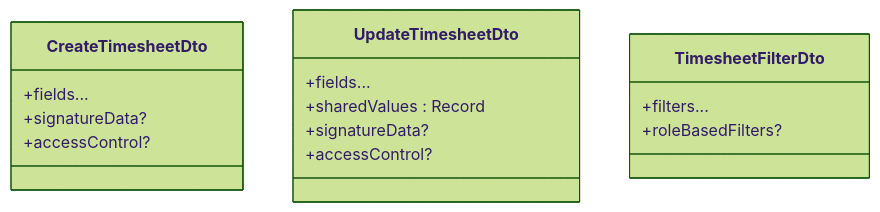
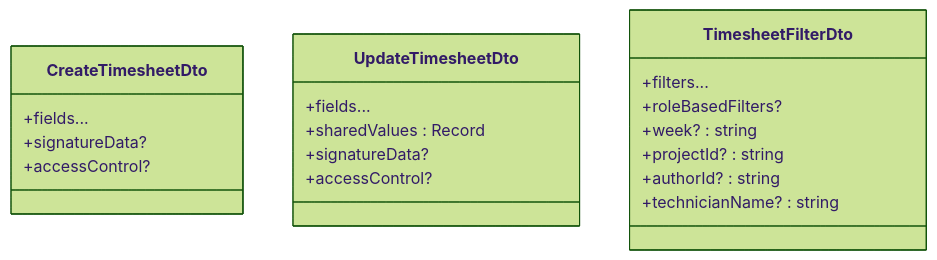
The fifth of 12 diagrams in .qoder/repowiki/en/content/Arquitetura Backend/Módulos do Sistema/Timesheet Semanal - Módulo Backend.md (RobertRuas/windlog), drawn with Mermaid (forest theme) before and after one commit. The commit also changed other lines of this file and 45 other files, not shown here.

````diff
--- a/.qoder/repowiki/en/content/Arquitetura Backend/Módulos do Sistema/Timesheet Semanal - Módulo Backend.md
+++ b/.qoder/repowiki/en/content/Arquitetura Backend/Módulos do Sistema/Timesheet Semanal - Módulo Backend.md
@@ -361,18 +383,22 @@
 ```mermaid
 classDiagram
 class CreateTimesheetDto {
 +fields...
 +signatureData?
 +accessControl?
 }
 class UpdateTimesheetDto {
 +fields...
 +sharedValues : Record<string, string>
 +signatureData?
 +accessControl?
 }
 class TimesheetFilterDto {
 +filters...
 +roleBasedFilters?
++week? : string
++projectId? : string
++authorId? : string
++technicianName? : string
 }
 ```
````
